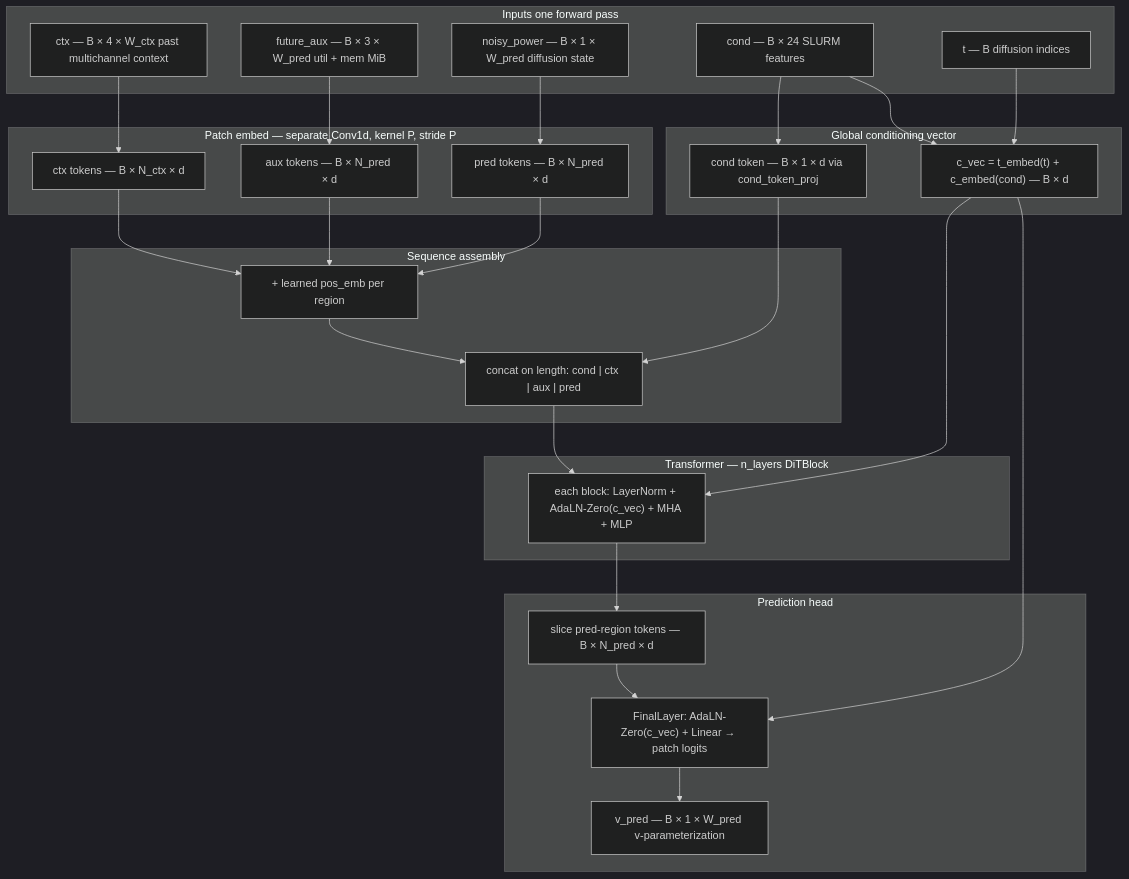
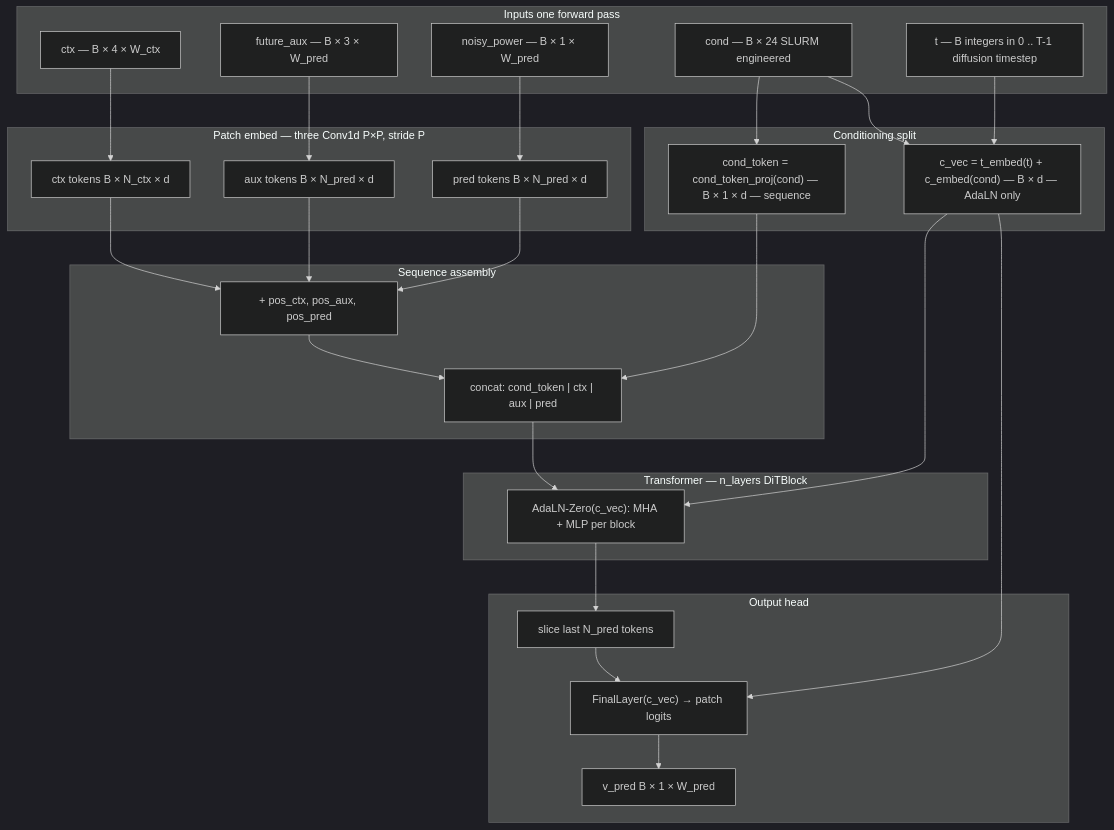
One commit to agrawalabr/supercloudDitAR changed the second of 2 diagrams in README.md. Above: the diagram before and after it, drawn with Mermaid (dark theme). The commit also changed other lines of this file and 3 other files, not shown here.

````diff
--- a/README.md
+++ b/README.md
@@ -312,54 +374,54 @@
 ```mermaid
 flowchart TB
   subgraph inps [Inputs one forward pass]
-    ctx["ctx — B × 4 × W_ctx past multichannel context"]
-    aux["future_aux — B × 3 × W_pred util + mem MiB"]
-    xnoisy["noisy_power — B × 1 × W_pred diffusion state"]
-    cond["cond — B × 24 SLURM features"]
-    tstep["t — B diffusion indices"]
+    ctx["ctx — B × 4 × W_ctx"]
+    aux["future_aux — B × 3 × W_pred"]
+    xnoisy["noisy_power — B × 1 × W_pred"]
+    cond["cond — B × 24 SLURM engineered"]
+    tstep["t — B integers in 0 .. T-1 diffusion timestep"]
   end
 
-  subgraph patch [Patch embed — separate Conv1d, kernel P, stride P]
-    tok_ctx["ctx tokens — B × N_ctx × d"]
-    tok_aux["aux tokens — B × N_pred × d"]
-    tok_pr["pred tokens — B × N_pred × d"]
+  subgraph patch [Patch embed — three Conv1d P×P, stride P]
+    tok_ctx["ctx tokens B × N_ctx × d"]
+    tok_aux["aux tokens B × N_pred × d"]
+    tok_pr["pred tokens B × N_pred × d"]
   end
 
-  subgraph globcond [Global conditioning vector]
-    cvec["c_vec = t_embed(t) + c_embed(cond) — B × d"]
-    ctok["cond token — B × 1 × d via cond_token_proj"]
+  subgraph globcond [Conditioning split]
+    cvec["c_vec = t_embed(t) + c_embed(cond) — B × d — AdaLN only"]
+    ctok["cond_token = cond_token_proj(cond) — B × 1 × d — sequence"]
   end
 
   subgraph assemble [Sequence assembly]
-    pos["+ learned pos_emb per region"]
-    cat["concat on length: cond | ctx | aux | pred"]
+    pos["+ pos_ctx, pos_aux, pos_pred"]
+    cat["concat: cond_token | ctx | aux | pred"]
   end
 
   subgraph trunk [Transformer — n_layers DiTBlock]
-    blk["each block: LayerNorm + AdaLN-Zero(c_vec) + MHA + MLP"]
+    blk["AdaLN-Zero(c_vec): MHA + MLP per block"]
   end
 
-  subgraph out [Prediction head]
-    slc["slice pred-region tokens — B × N_pred × d"]
-    fin["FinalLayer: AdaLN-Zero(c_vec) + Linear → patch logits"]
-    vpred["v_pred — B × 1 × W_pred v-parameterization"]
+  subgraph out [Output head]
+    slc["slice last N_pred tokens"]
+    fin["FinalLayer(c_vec) → patch logits"]
+    vpred["v_pred B × 1 × W_pred"]
   end
 
   ctx --> tok_ctx
   aux --> tok_aux
   xnoisy --> tok_pr
   cond --> ctok
   cond --> cvec
   tstep --> cvec
   tok_ctx --> pos
   tok_aux --> pos
   tok_pr --> pos
   ctok --> cat
   pos --> cat
   cat --> blk
   cvec --> blk
   blk --> slc
   slc --> fin
   cvec --> fin
   fin --> vpred
 ```
````
